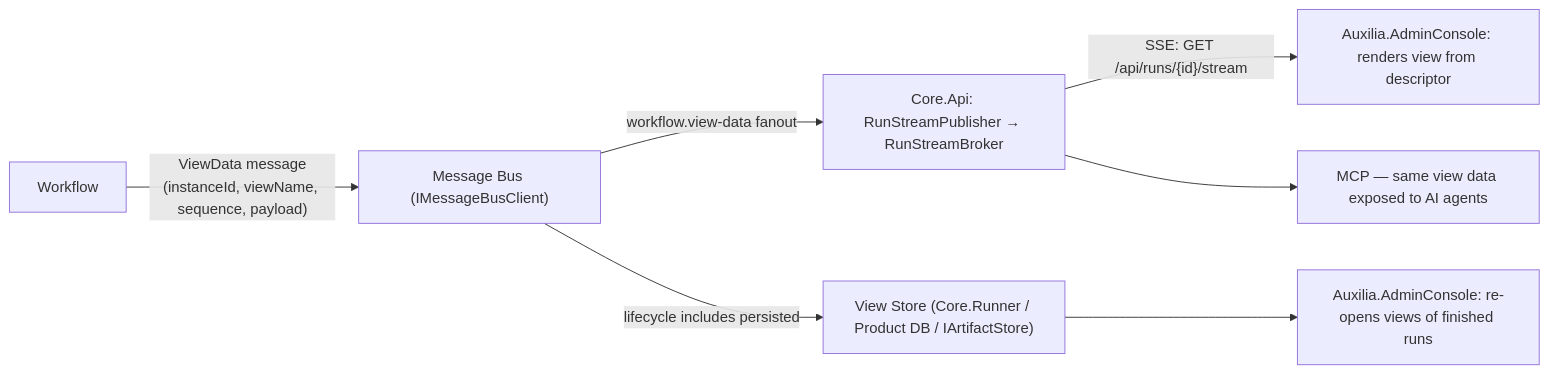
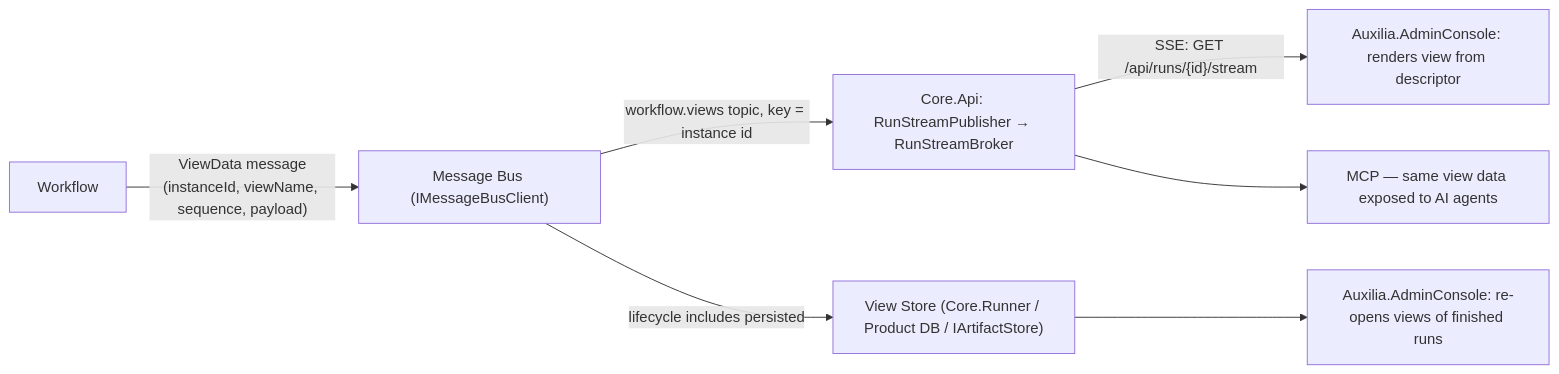
Diagram 12 of 13 in docs/ARCHITECTURE.md (FelixKlakow/Auxilia), drawn with Mermaid before and after one commit. The commit also changed other lines of this file and 33 other files, not shown here.

````diff
--- a/docs/ARCHITECTURE.md
+++ b/docs/ARCHITECTURE.md
@@ -862,9 +864,9 @@
 ```mermaid
 graph LR
     WF["Workflow"] -->|"ViewData message<br/>(instanceId, viewName, sequence, payload)"| BUS["Message Bus (IMessageBusClient)"]
-    BUS -->|"workflow.view-data fanout"| API["Core.Api: RunStreamPublisher → RunStreamBroker"]
+    BUS -->|"workflow.views topic, key = instance id"| API["Core.Api: RunStreamPublisher → RunStreamBroker"]
     API -->|"SSE: GET /api/runs/{id}/stream"| FE["Auxilia.AdminConsole: renders view from descriptor"]
     BUS -->|"lifecycle includes persisted"| STORE["View Store (Core.Runner / Product DB / IArtifactStore)"]
     STORE --> FE2["Auxilia.AdminConsole: re-opens views of finished runs"]
     API --> MCP["MCP — same view data exposed to AI agents"]
 ```
````
